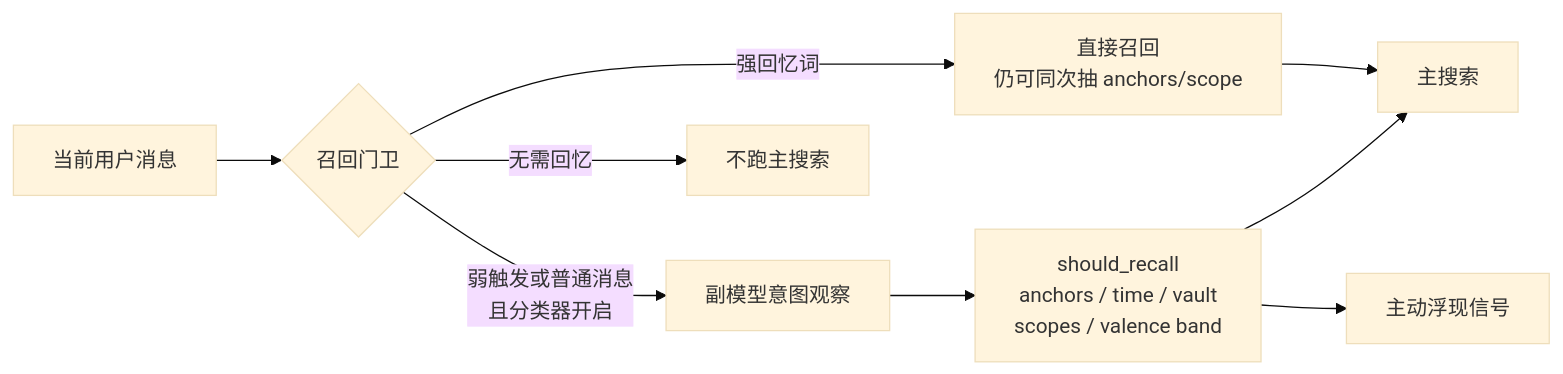
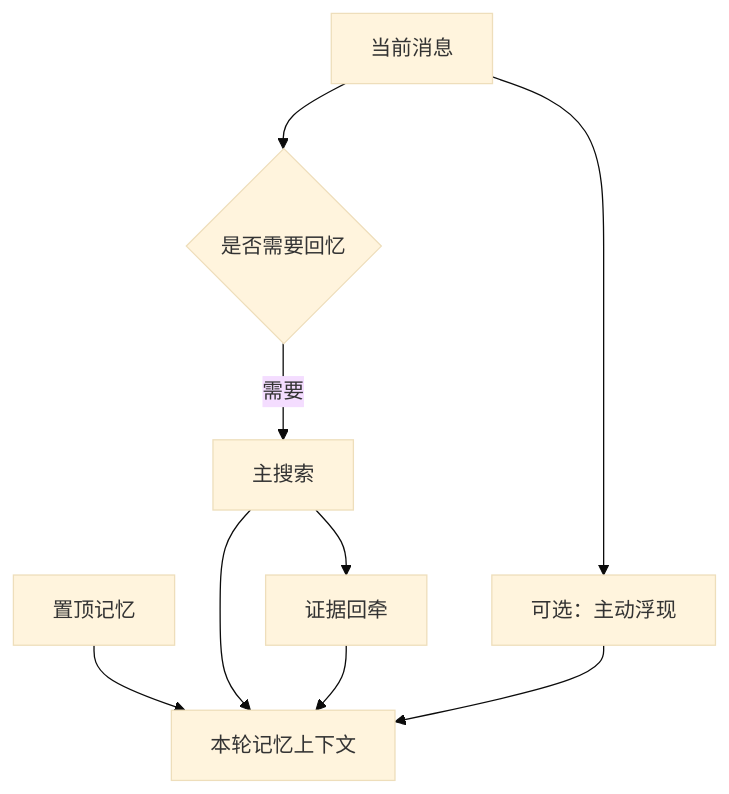
The fourth of 4 diagrams in azoth_memory_system_anatomy.md (TAra93-1/AZOTH_mem), drawn with Mermaid (base theme) before and after one commit. The commit also changed other lines of this file and 2 other files, not shown here.

````diff
--- a/azoth_memory_system_anatomy.md
+++ b/azoth_memory_system_anatomy.md
@@ -286,11 +313,11 @@
 ```mermaid
-flowchart LR
-    U["当前用户消息"] --> G{"召回门卫"}
-    G -->|"强回忆词"| A["直接召回<br/>仍可同次抽 anchors/scope"]
-    G -->|"弱触发或普通消息<br/>且分类器开启"| K["副模型意图观察"]
-    G -->|"无需回忆"| N["不跑主搜索"]
-    K --> D["should_recall<br/>anchors / time / vault<br/>scopes / valence band"]
-    A --> S["主搜索"]
-    D --> S
-    D --> F["主动浮现信号"]
+flowchart TD
+    U["当前消息"] --> G{"是否需要回忆"}
+    G -->|"需要"| S["主搜索"]
+    PIN["置顶记忆"] --> OUT["本轮记忆上下文"]
+    S --> OUT
+    U --> SURF["可选：主动浮现"]
+    SURF --> OUT
+    S --> EV["证据回牵"]
+    EV --> OUT
 ```
````
